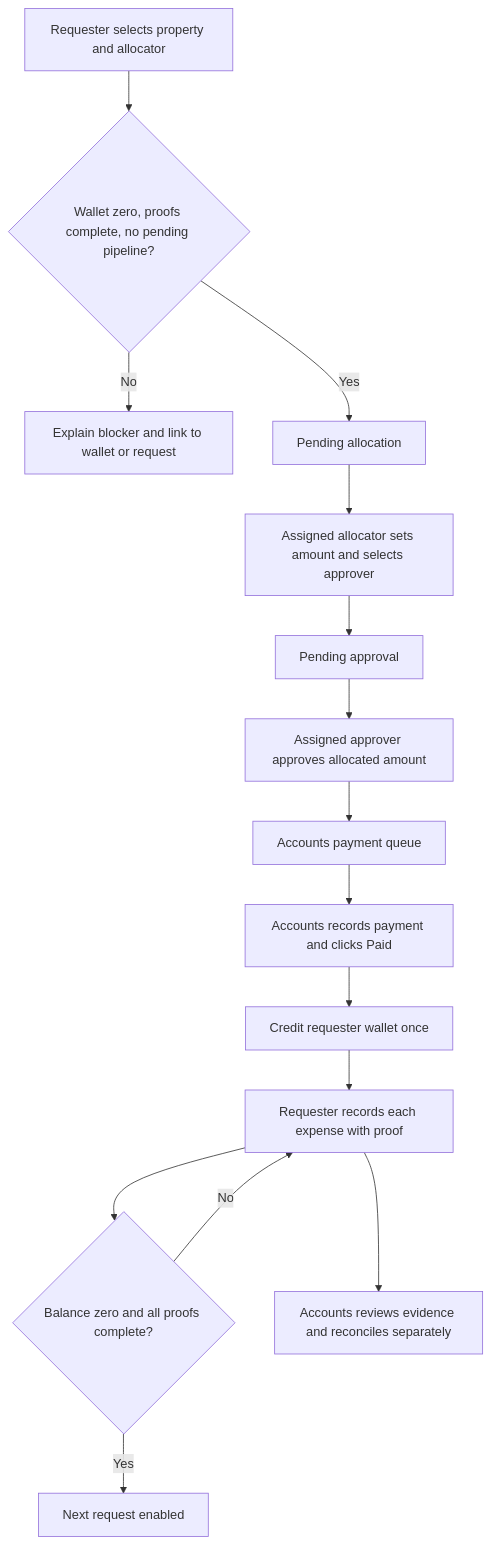
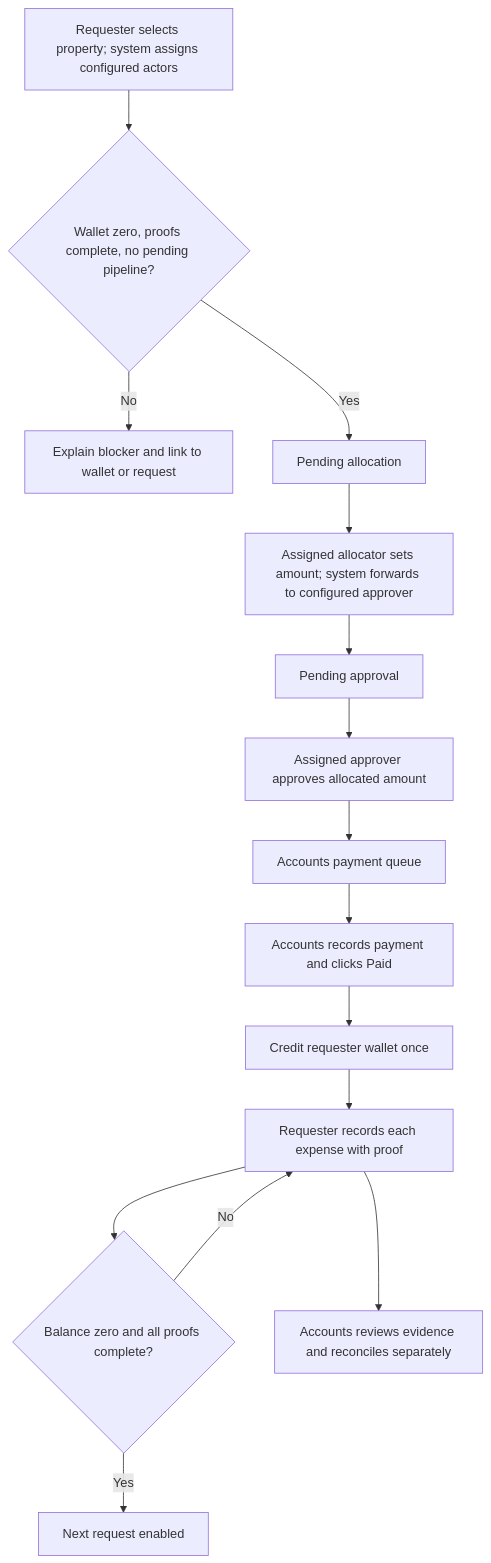
The diagram in docs/superpowers/plans/2026-10-03-petty-cash-allocation-wallet.md (SahilGG-4545/saas_one), drawn with Mermaid before and after one commit. The commit also changed other lines of this file, not shown here.

Commit message:
docs: make petty cash actor routing super-admin configured

````diff
--- a/docs/superpowers/plans/2026-10-03-petty-cash-allocation-wallet.md
+++ b/docs/superpowers/plans/2026-10-03-petty-cash-allocation-wallet.md
@@ -105,17 +105,17 @@
 ```mermaid
 flowchart TD
-    A[Requester selects property and allocator] --> B{Wallet zero, proofs complete, no pending pipeline?}
+    A[Requester selects property; system assigns configured actors] --> B{Wallet zero, proofs complete, no pending pipeline?}
     B -->|No| C[Explain blocker and link to wallet or request]
     B -->|Yes| D[Pending allocation]
-    D --> E[Assigned allocator sets amount and selects approver]
+    D --> E[Assigned allocator sets amount; system forwards to configured approver]
     E --> F[Pending approval]
     F --> G[Assigned approver approves allocated amount]
     G --> H[Accounts payment queue]
     H --> I[Accounts records payment and clicks Paid]
     I --> J[Credit requester wallet once]
     J --> K[Requester records each expense with proof]
     K --> L{Balance zero and all proofs complete?}
     L -->|No| K
     L -->|Yes| M[Next request enabled]
     K --> N[Accounts reviews evidence and reconciles separately]
 ```
````
